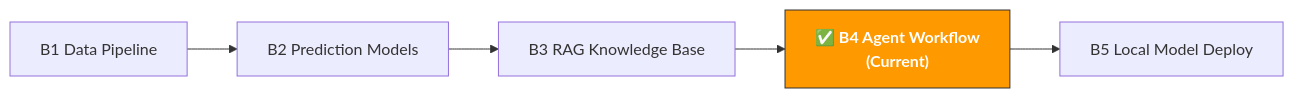
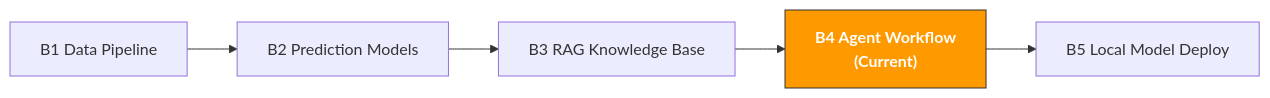
One commit to kangise/ecommerce-ai-roadmap changed the diagram in en/paths/b-developers/b4-agent-workflow.md. Above: the diagram before and after it, drawn with Mermaid. The commit also changed other lines of this file and 185 other files, not shown here.

````diff
--- a/en/paths/b-developers/b4-agent-workflow.md
+++ b/en/paths/b-developers/b4-agent-workflow.md
@@ -14,13 +14,13 @@
 ```mermaid
 flowchart LR
-    B1["B1 Data Pipeline"]
-    B1 --> B2
-    B2["B2 Prediction Models"]
-    B2 --> B3
-    B3["B3 RAG Knowledge Base"]
-    B3 --> B4
-    B4["✅ B4 Agent Workflow<br/>(Current)"]:::current
-    B4 --> B5
-    B5["B5 Local Model Deploy"]
-    classDef current fill:#ff9900,stroke:#333,color:#fff,font-weight:bold
+B1["B1 Data Pipeline"]
+B1 --> B2
+B2["B2 Prediction Models"]
+B2 --> B3
+B3["B3 RAG Knowledge Base"]
+B3 --> B4
+B4[" B4 Agent Workflow<br/>(Current)"]:::current
+B4 --> B5
+B5["B5 Local Model Deploy"]
+classDef current fill:#ff9900,stroke:#333,color:#fff,font-weight:bold
 ```
````
